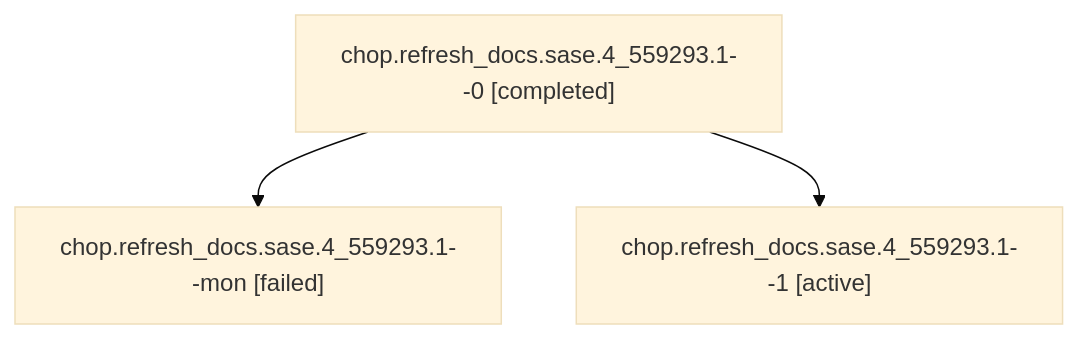
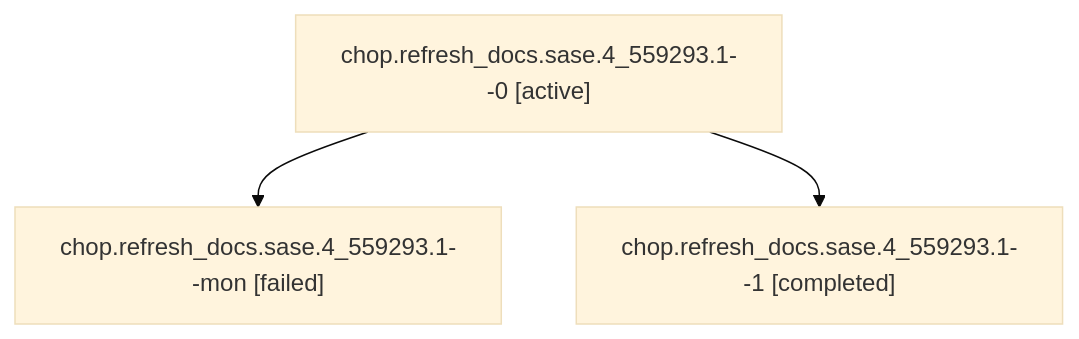
Before and after one commit to sase-org/sase--agents: the diagram in families/bbugyi200.athena.chop.refresh_docs.sase.4_559293.1.md, drawn with Mermaid (base theme). The commit also changed other lines of this file and 256 other files, not shown here.

````diff
--- a/families/bbugyi200.athena.chop.refresh_docs.sase.4_559293.1.md
+++ b/families/bbugyi200.athena.chop.refresh_docs.sase.4_559293.1.md
@@ -9,8 +9,8 @@
 ```mermaid
 flowchart TD
-  n0["chop.refresh_docs.sase.4_559293.1--0 [completed]"]
+  n0["chop.refresh_docs.sase.4_559293.1--0 [active]"]
   n1["chop.refresh_docs.sase.4_559293.1--mon [failed]"]
   n0 --> n1
-  n2["chop.refresh_docs.sase.4_559293.1--1 [active]"]
+  n2["chop.refresh_docs.sase.4_559293.1--1 [completed]"]
   n0 --> n2
 ```
````
